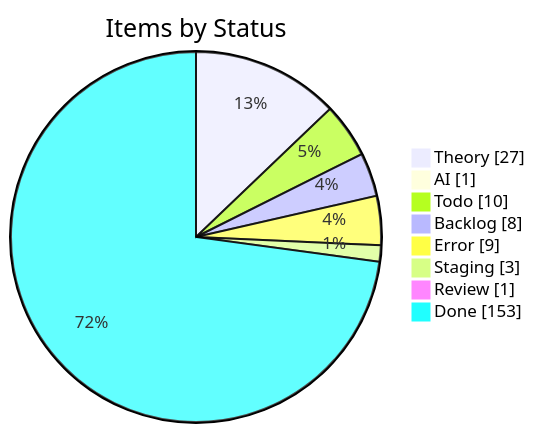
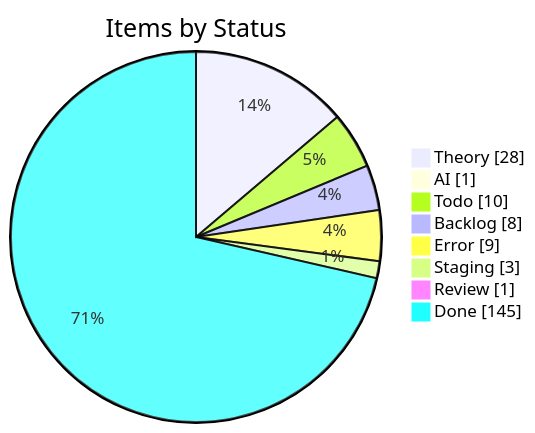
One commit to KBVE/kbve changed the first of 4 diagrams in apps/kbve/astro-kbve/src/content/docs/dashboard/kanban-data.mdx. Above: the diagram before and after it, drawn with Mermaid. The commit also changed other lines of this file and 6 other files, not shown here.

````diff
--- a/apps/kbve/astro-kbve/src/content/docs/dashboard/kanban-data.mdx
+++ b/apps/kbve/astro-kbve/src/content/docs/dashboard/kanban-data.mdx
@@ -55,12 +55,12 @@
 ```mermaid
 pie showData
     title Items by Status
-    "Theory" : 27
+    "Theory" : 28
     "AI" : 1
     "Todo" : 10
     "Backlog" : 8
     "Error" : 9
     "Staging" : 3
     "Review" : 1
-    "Done" : 153
+    "Done" : 145
 ```
````
